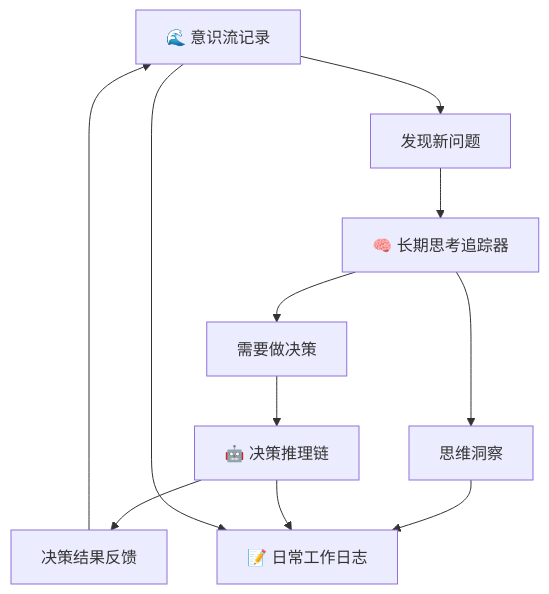
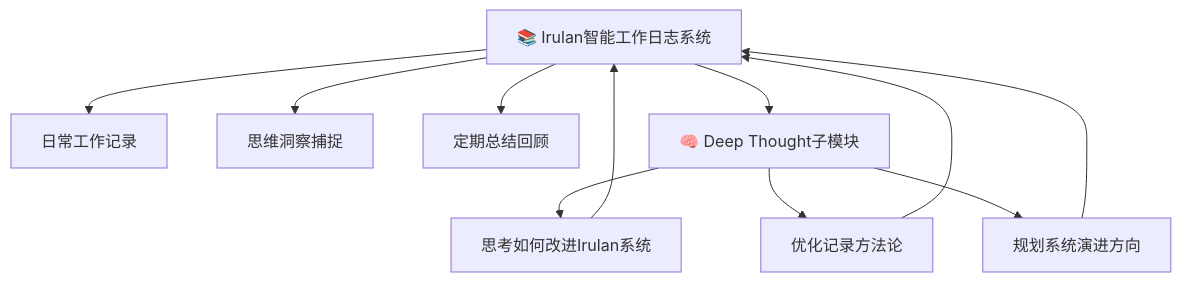
Before and after one commit to Yaxuan42/IrulanDiary: the diagram in Irulan智能工作日志系统v3.0.md, drawn with Mermaid. The commit also changed other lines of this file and 28 other files, not shown here.

First line of the commit message:
feat: Complete Irulan System v3.3 Architecture Reconstruction & Cognitive Breakthrough

````diff
--- a/Irulan智能工作日志系统v3.0.md
+++ b/Irulan智能工作日志系统v3.0.md
@@ -155,14 +89,15 @@
 ```mermaid
 graph TD
-    A[🌊 意识流记录] --> B[发现新问题]
-    B --> C[🧠 长期思考追踪器]
-    C --> D[需要做决策]
-    D --> E[🤖 决策推理链]
-    E --> F[决策结果反馈]
+    A[📚 Irulan智能工作日志系统] --> B[日常工作记录]
+    A --> C[思维洞察捕捉]
+    A --> D[定期总结回顾]
+    
+    A --> E[🧠 Deep Thought子模块]
+    E --> F[思考如何改进Irulan系统]
+    E --> G[优化记录方法论]
+    E --> H[规划系统演进方向]
+    
     F --> A
-    
-    C --> G[思维洞察]
-    G --> H[📝 日常工作日志]
-    E --> H
-    A --> H
+    G --> A  
+    H --> A
 ```
````
